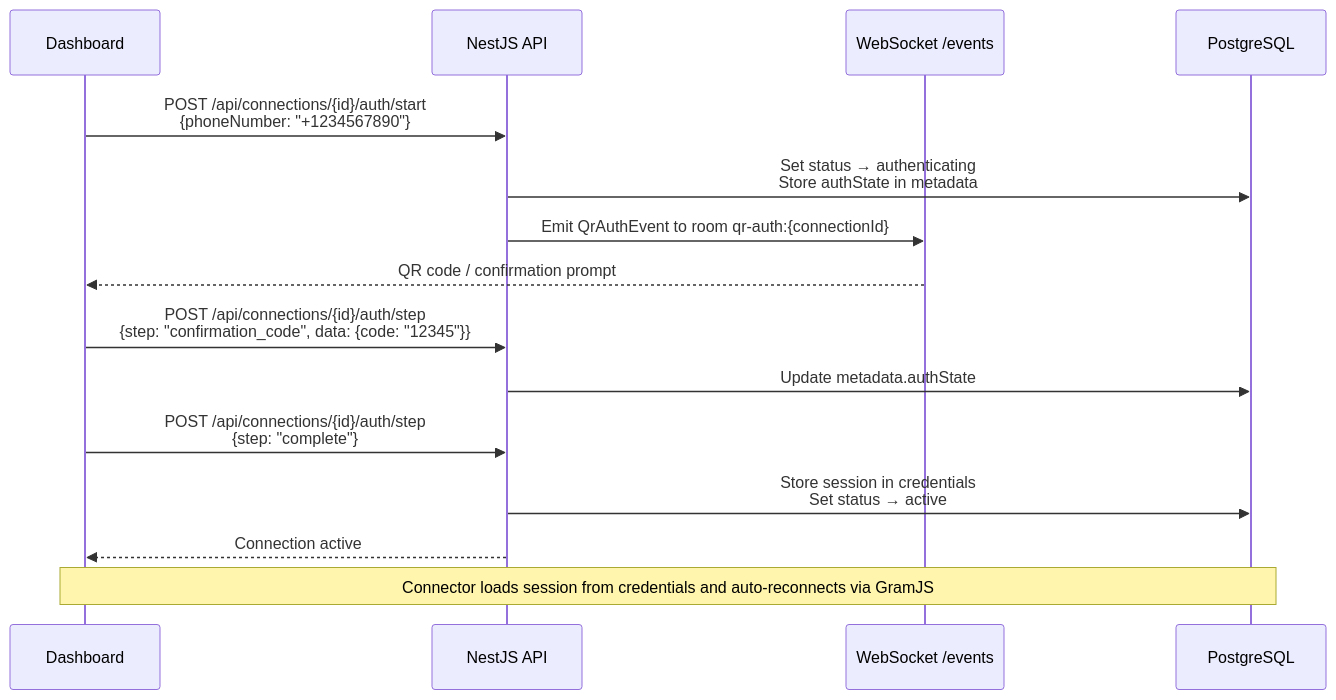
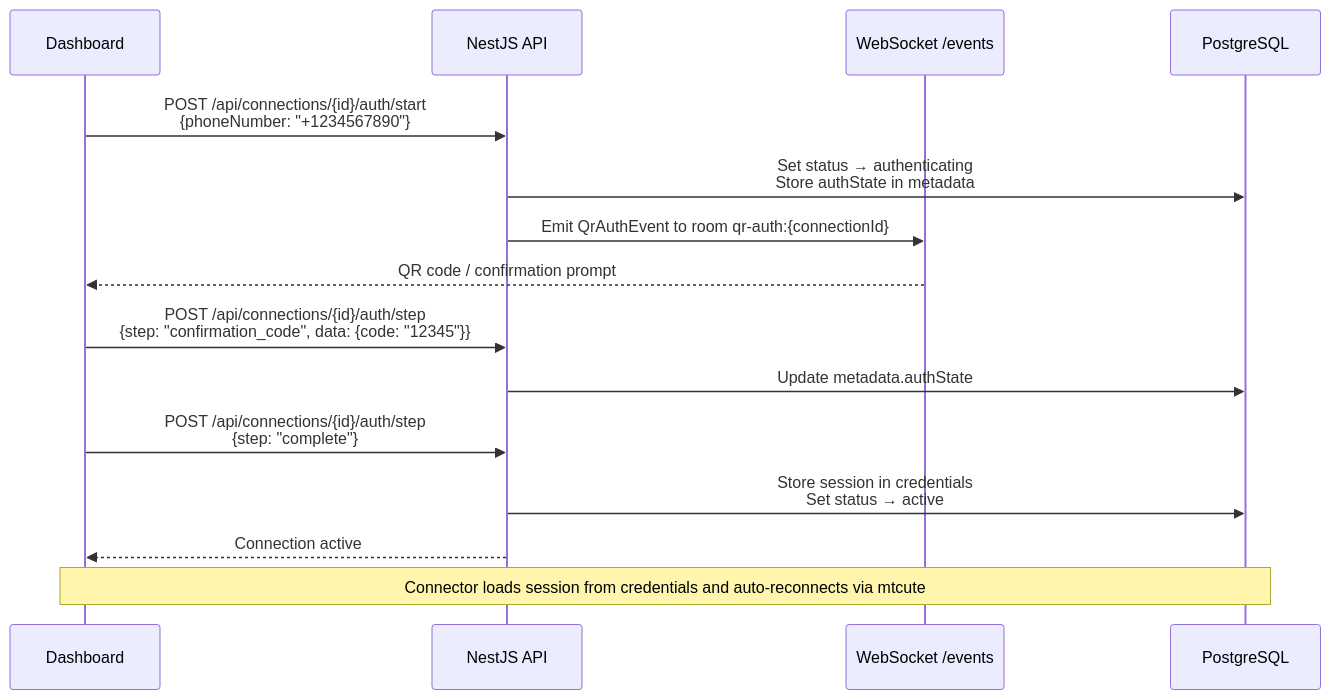
Before and after one commit to kolezka/flowbot: the fifth of 10 diagrams in docs/system-design.md, drawn with Mermaid. The commit also changed other lines of this file and 5 other files, not shown here.

Commit message:
docs: update GramJS references to mtcute across docs directory

````diff
--- a/docs/system-design.md
+++ b/docs/system-design.md
@@ -157,21 +157,21 @@
 ```mermaid
 sequenceDiagram
     participant U as Dashboard
     participant API as NestJS API
     participant WS as WebSocket /events
     participant DB as PostgreSQL
 
     U->>API: POST /api/connections/{id}/auth/start<br/>{phoneNumber: "+1234567890"}
     API->>DB: Set status → authenticating<br/>Store authState in metadata
     API->>WS: Emit QrAuthEvent to room qr-auth:{connectionId}
     WS-->>U: QR code / confirmation prompt
 
     U->>API: POST /api/connections/{id}/auth/step<br/>{step: "confirmation_code", data: {code: "12345"}}
     API->>DB: Update metadata.authState
 
     U->>API: POST /api/connections/{id}/auth/step<br/>{step: "complete"}
     API->>DB: Store session in credentials<br/>Set status → active
     API-->>U: Connection active
 
-    Note over U,DB: Connector loads session from credentials and auto-reconnects via GramJS
+    Note over U,DB: Connector loads session from credentials and auto-reconnects via mtcute
 ```
````
